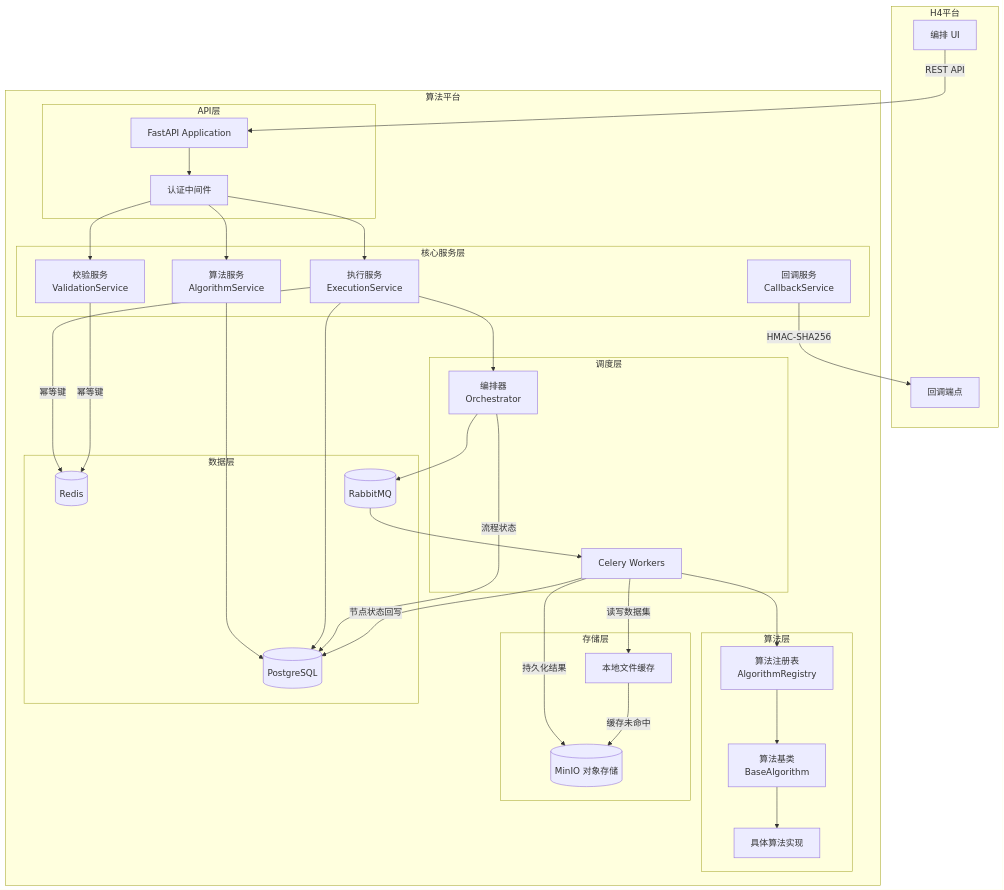
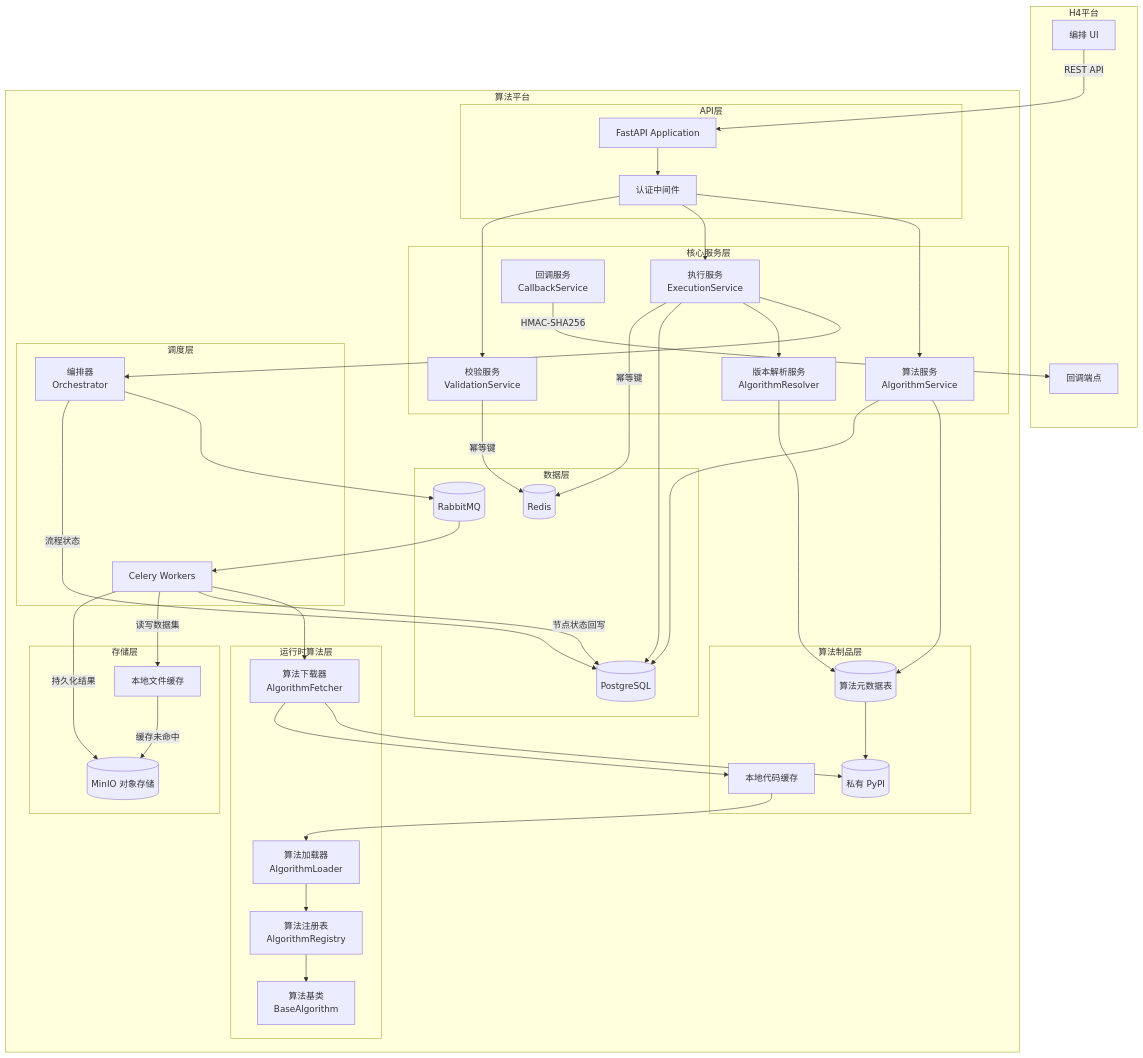
Before and after one commit to shengwenda76-bit/algorithm_repository: the first of 9 diagrams in docs/plans/2026-03-09-algorithm-platform-architecture-design.md, drawn with Mermaid. The commit also changed other lines of this file and 38 other files, not shown here.

```diff
--- a/docs/plans/2026-03-09-algorithm-platform-architecture-design.md
+++ b/docs/plans/2026-03-09-algorithm-platform-architecture-design.md
@@ -44,6 +51,7 @@
             EXEC_SVC[执行服务<br/>ExecutionService]
             VAL_SVC[校验服务<br/>ValidationService]
             CB_SVC[回调服务<br/>CallbackService]
+            RES_SVC[版本解析服务<br/>AlgorithmResolver]
         end
 
         subgraph 调度层
@@ -51,10 +59,17 @@
             CELERY[Celery Workers]
         end
 
-        subgraph 算法层
+        subgraph 运行时算法层
             REG[算法注册表<br/>AlgorithmRegistry]
+            FETCH[算法下载器<br/>AlgorithmFetcher]
+            LOAD[算法加载器<br/>AlgorithmLoader]
             BASE[算法基类<br/>BaseAlgorithm]
-            ALGOS[具体算法实现]
+        end
+
+        subgraph 算法制品层
+            META[(算法元数据表)]
+            PYPI[(私有 PyPI)]
+            CODE_CACHE[本地代码缓存]
         end
 
         subgraph 存储层
@@ -75,12 +90,19 @@
     AUTH --> EXEC_SVC
     AUTH --> VAL_SVC
 
+    ALG_SVC --> META
     EXEC_SVC --> ORC
+    EXEC_SVC --> RES_SVC
+    RES_SVC --> META
+    META --> PYPI
     ORC --> MQ
     MQ --> CELERY
-    CELERY --> REG
+    CELERY --> FETCH
+    FETCH --> PYPI
+    FETCH --> CODE_CACHE
+    CODE_CACHE --> LOAD
+    LOAD --> REG
     REG --> BASE
-    BASE --> ALGOS
 
     CELERY --> |节点状态回写| PG
     ORC --> |流程状态| PG
```
